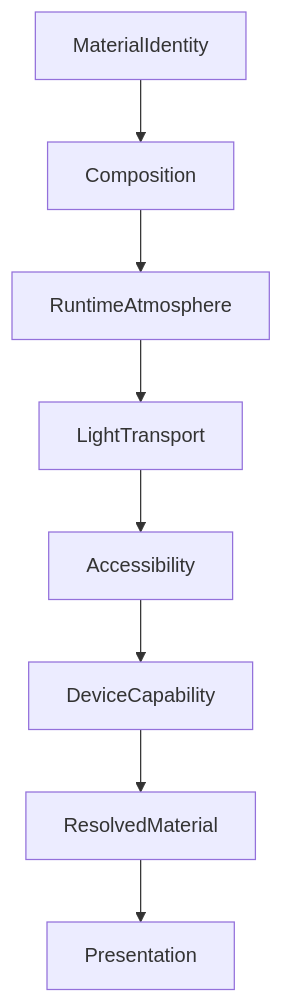
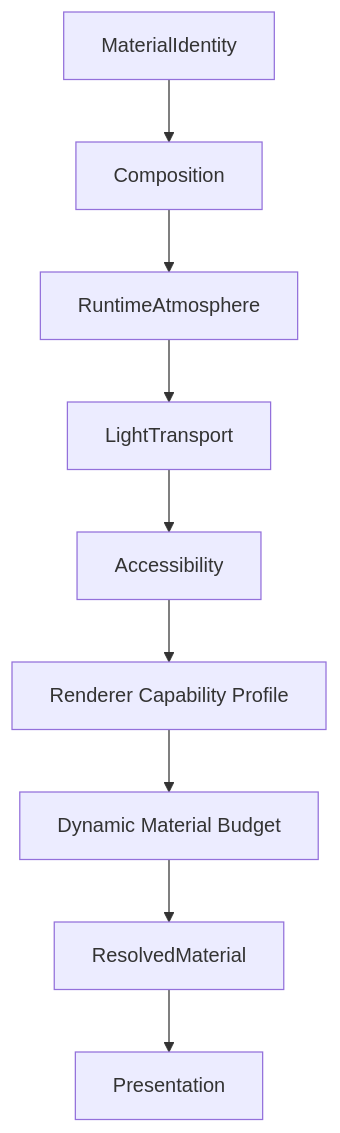
One commit to mosaic-media/architecture changed the ninth of 9 diagrams in docs/design/system/mds-003-material-system/10-runtime-material-resolution.md. Above: the diagram before and after it, drawn with Mermaid. The commit also changed other lines of this file and 12 other files, not shown here.

Commit message:
docs(mds-003): define refraction architecture

````diff
--- a/docs/design/system/mds-003-material-system/10-runtime-material-resolution.md
+++ b/docs/design/system/mds-003-material-system/10-runtime-material-resolution.md
@@ -516,12 +691,13 @@
 ```mermaid
 flowchart TD
 
 MaterialIdentity
 MaterialIdentity --> Composition
 Composition --> RuntimeAtmosphere
 RuntimeAtmosphere --> LightTransport
 LightTransport --> Accessibility
-Accessibility --> DeviceCapability
-DeviceCapability --> ResolvedMaterial
+Accessibility --> RendererCapability["Renderer Capability Profile"]
+RendererCapability --> MaterialBudget["Dynamic Material Budget"]
+MaterialBudget --> ResolvedMaterial
 ResolvedMaterial --> Presentation
 ```
````
